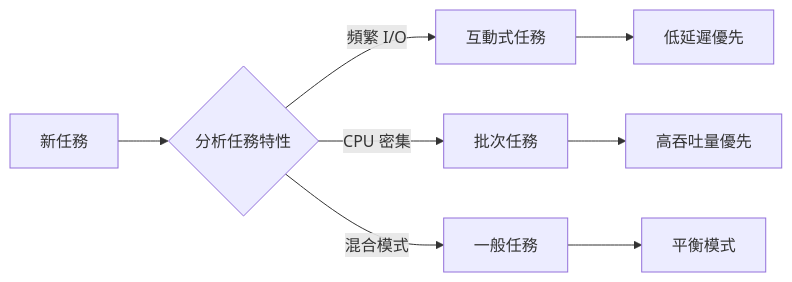
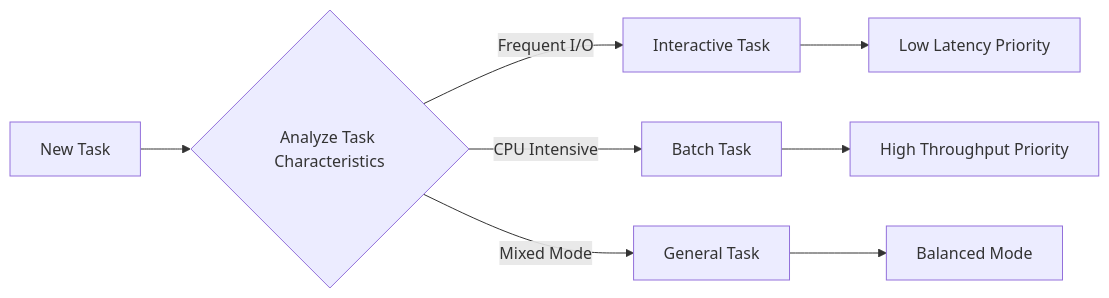
The second of 6 diagrams in docs/how-it-works.md (Gthulhu/docs), drawn with Mermaid before and after one commit. The commit also changed other lines of this file and 29 other files, not shown here.

````diff
--- a/docs/how-it-works.md
+++ b/docs/how-it-works.md
@@ -90,11 +90,11 @@
 ```mermaid
 graph LR
-    A[新任務] --> B{分析任務特性}
-    B -->|頻繁 I/O| C[互動式任務]
-    B -->|CPU 密集| D[批次任務]
-    B -->|混合模式| E[一般任務]
+    A[New Task] --> B{Analyze Task Characteristics}
+    B -->|Frequent I/O| C[Interactive Task]
+    B -->|CPU Intensive| D[Batch Task]
+    B -->|Mixed Mode| E[General Task]
     
-    C --> F[低延遲優先]
-    D --> G[高吞吐量優先]
-    E --> H[平衡模式]
+    C --> F[Low Latency Priority]
+    D --> G[High Throughput Priority]
+    E --> H[Balanced Mode]
 ```
````
